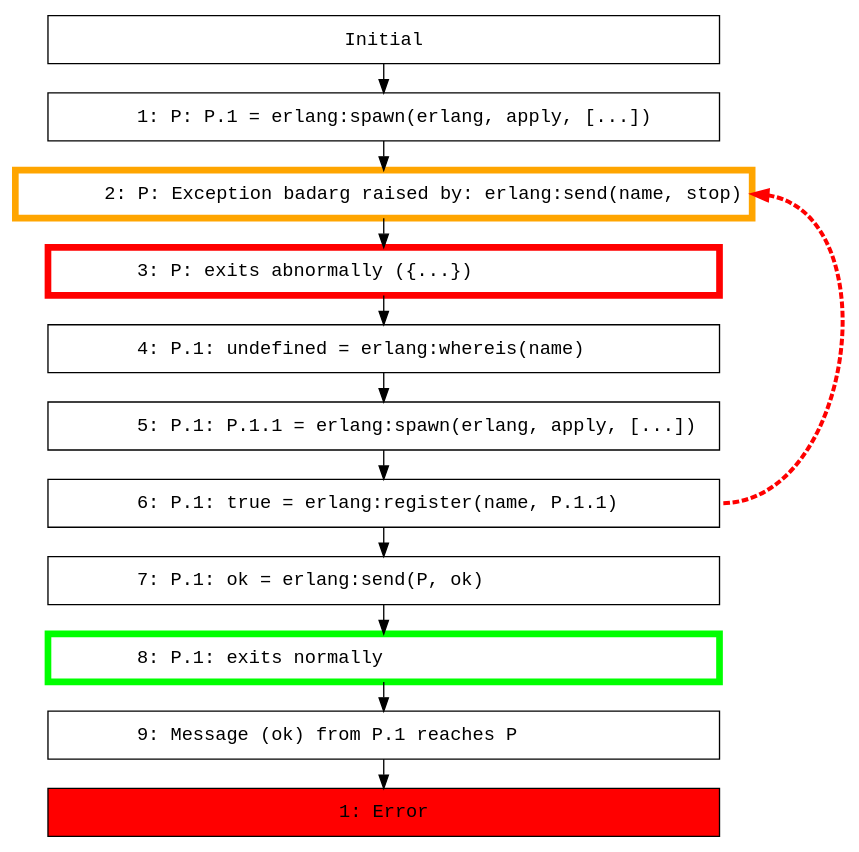
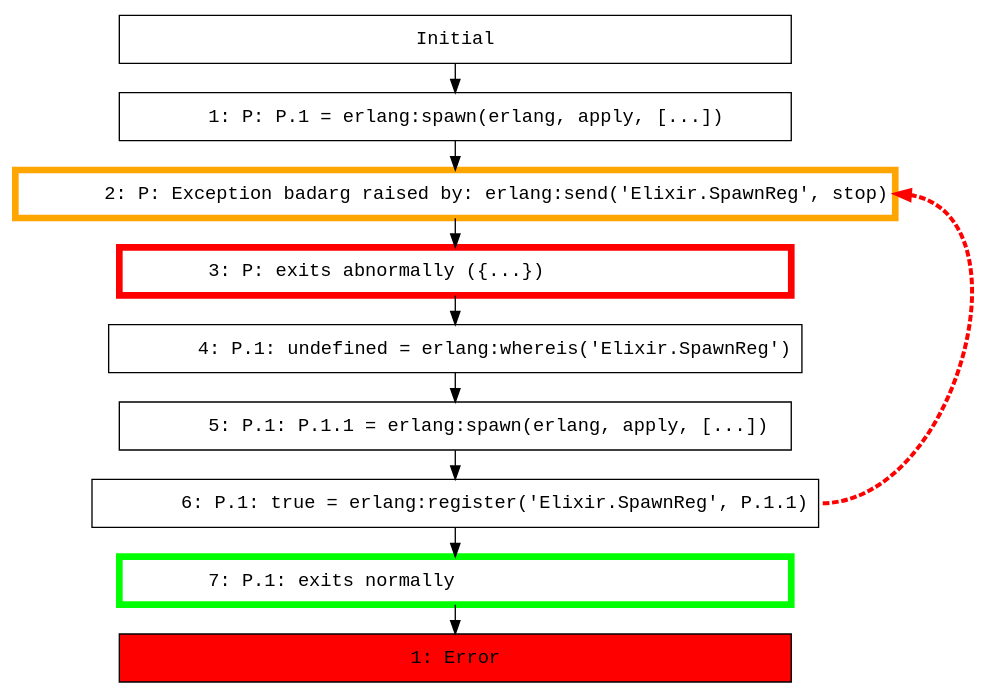
One commit to benjamintanweihao/concuerror_playground changed the diagram in spawn_reg.dot. Above: the diagram before and after it, drawn with Graphviz. The commit also changed 7 other files, not shown here.

```diff
--- a/spawn_reg.dot
+++ b/spawn_reg.dot
@@ -1,28 +1,24 @@
 digraph {
   graph [ranksep=0.3]
   node [shape=box,width=7,fontname=Monospace]
   init [label="Initial"];
   subgraph {
     "#Ref<0.0.1.90>" [label="        1: P: P.1 = erlang:spawn(erlang, apply, [...])\l"];
     "init" -> "#Ref<0.0.1.90>"[weight=1000];
-    "#Ref<0.0.1.117>" [label="        2: P: Exception badarg raised by: erlang:send(name, stop)\l",color=orange,penwidth=5];
+    "#Ref<0.0.1.117>" [label="        2: P: Exception badarg raised by: erlang:send('Elixir.SpawnReg', stop)\l",color=orange,penwidth=5];
     "#Ref<0.0.1.90>" -> "#Ref<0.0.1.117>"[weight=1000];
     "#Ref<0.0.1.121>" [label="        3: P: exits abnormally ({...})\l",color=red,penwidth=5];
     "#Ref<0.0.1.117>" -> "#Ref<0.0.1.121>"[weight=1000];
-    "#Ref<0.0.1.123>" [label="        4: P.1: undefined = erlang:whereis(name)\l"];
+    "#Ref<0.0.1.123>" [label="        4: P.1: undefined = erlang:whereis('Elixir.SpawnReg')\l"];
     "#Ref<0.0.1.121>" -> "#Ref<0.0.1.123>"[weight=1000];
     "#Ref<0.0.1.125>" [label="        5: P.1: P.1.1 = erlang:spawn(erlang, apply, [...])\l"];
     "#Ref<0.0.1.123>" -> "#Ref<0.0.1.125>"[weight=1000];
-    "#Ref<0.0.1.127>" [label="        6: P.1: true = erlang:register(name, P.1.1)\l"];
+    "#Ref<0.0.1.127>" [label="        6: P.1: true = erlang:register('Elixir.SpawnReg', P.1.1)\l"];
     "#Ref<0.0.1.125>" -> "#Ref<0.0.1.127>"[weight=1000];
-    "#Ref<0.0.1.129>" [label="        7: P.1: ok = erlang:send(P, ok)\l"];
+    "#Ref<0.0.1.129>" [label="        7: P.1: exits normally\l",color=lime,penwidth=5];
     "#Ref<0.0.1.127>" -> "#Ref<0.0.1.129>"[weight=1000];
-    "#Ref<0.0.1.132>" [label="        8: P.1: exits normally\l",color=lime,penwidth=5];
-    "#Ref<0.0.1.129>" -> "#Ref<0.0.1.132>"[weight=1000];
-    "#Ref<0.0.1.134>" [label="        9: Message (ok) from P.1 reaches P\l"];
-    "#Ref<0.0.1.132>" -> "#Ref<0.0.1.134>"[weight=1000];
     "#Ref<0.0.1.117>":e -> "#Ref<0.0.1.127>":e[constraint=false, color=red, dir=back, penwidth=3, style=dashed];
-    "#Ref<0.0.1.172>" [label="1: Error",style=filled,fillcolor=red];
-    "#Ref<0.0.1.134>" -> "#Ref<0.0.1.172>"[weight=1000];
+    "#Ref<0.0.1.161>" [label="1: Error",style=filled,fillcolor=red];
+    "#Ref<0.0.1.129>" -> "#Ref<0.0.1.161>"[weight=1000];
   }
 }
```
